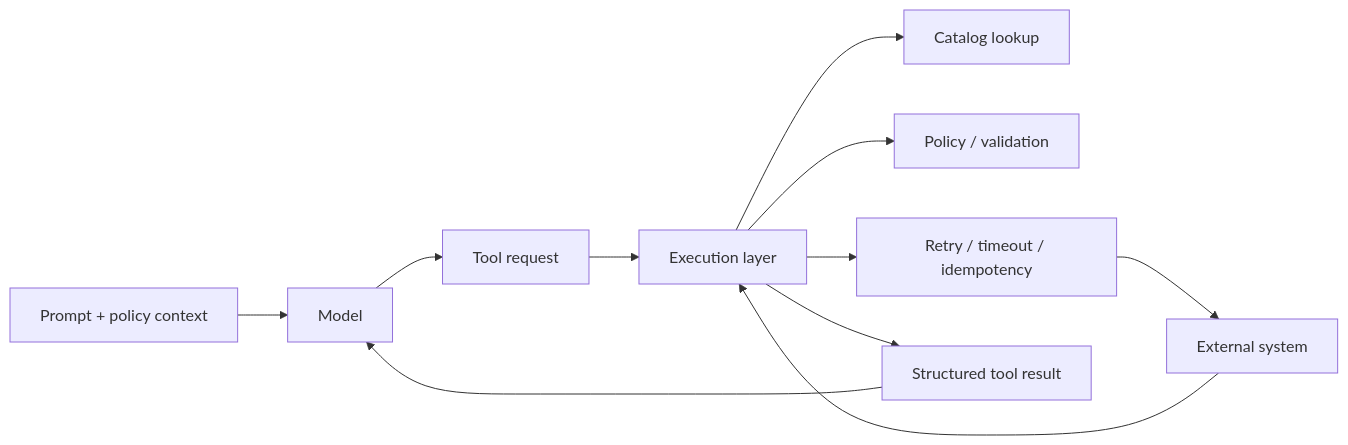
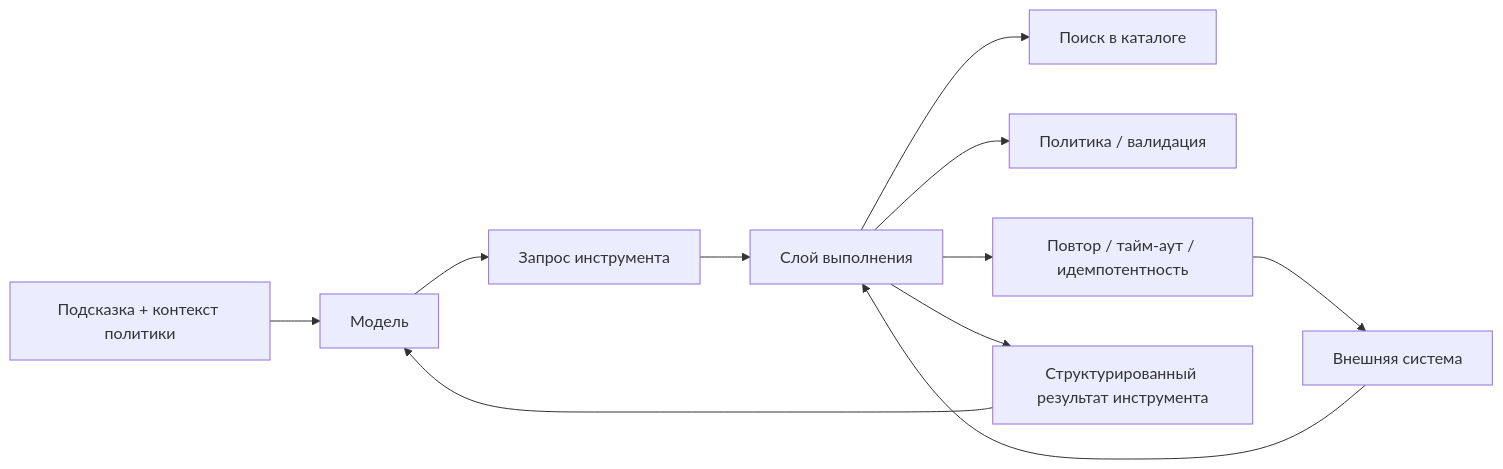
One commit to agent-axiom/agent-arch changed the diagram in docs/book/part-iv/chapter-8.md. Above: the diagram before and after it, drawn with Mermaid. The commit also changed other lines of this file, not shown here.

Commit message:
docs: polish Russian chapter eight tool execution prose

````diff
--- a/docs/book/part-iv/chapter-8.md
+++ b/docs/book/part-iv/chapter-8.md
@@ -85,13 +85,13 @@
 ``` mermaid
 flowchart LR
-    A["Prompt + policy context"] --> B["Model"]
-    B --> C["Tool request"]
-    C --> D["Execution layer"]
-    D --> E["Catalog lookup"]
-    D --> F["Policy / validation"]
-    D --> G["Retry / timeout / idempotency"]
-    G --> H["External system"]
+    A["Подсказка + контекст политики"] --> B["Модель"]
+    B --> C["Запрос инструмента"]
+    C --> D["Слой выполнения"]
+    D --> E["Поиск в каталоге"]
+    D --> F["Политика / валидация"]
+    D --> G["Повтор / тайм-аут / идемпотентность"]
+    G --> H["Внешняя система"]
     H --> D
-    D --> I["Structured tool result"]
+    D --> I["Структурированный результат инструмента"]
     I --> B
 ```
````
